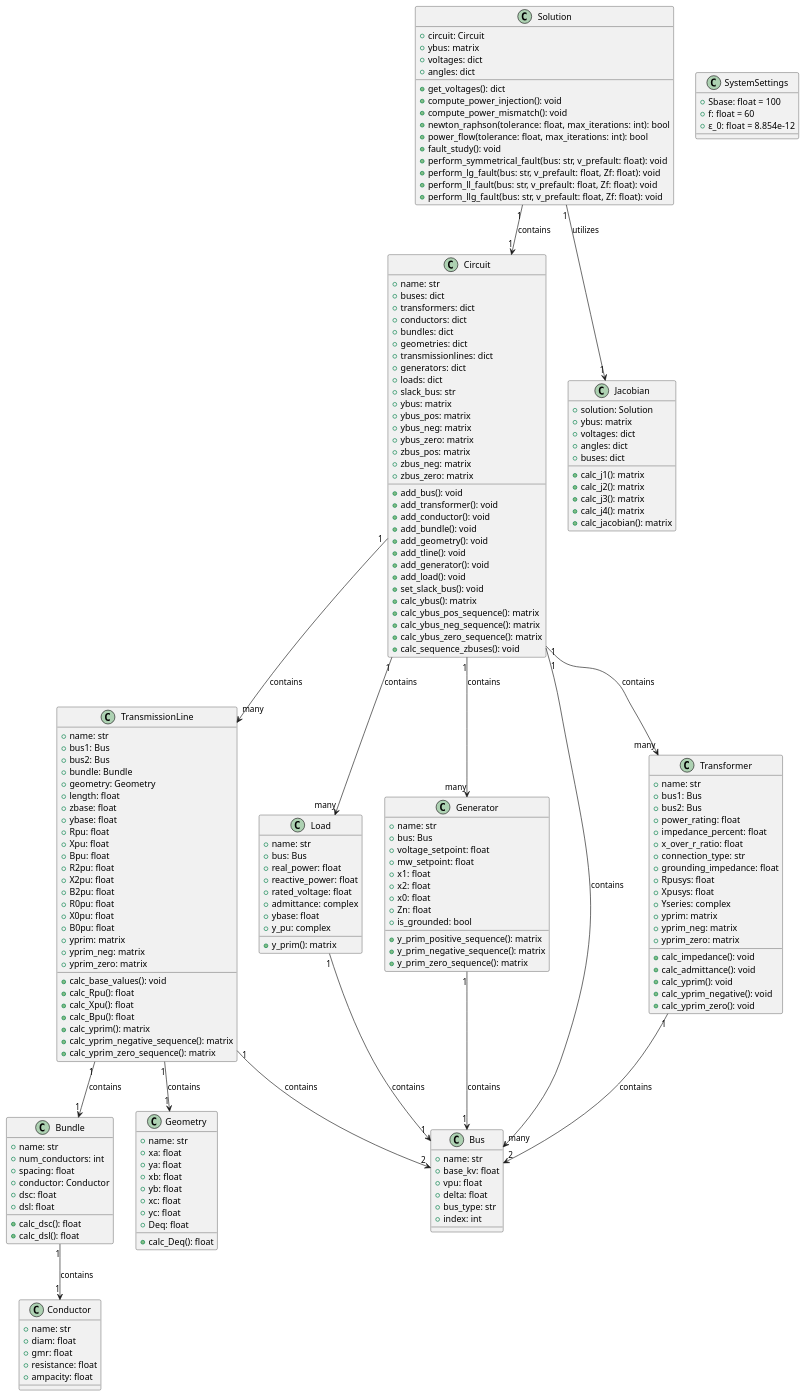
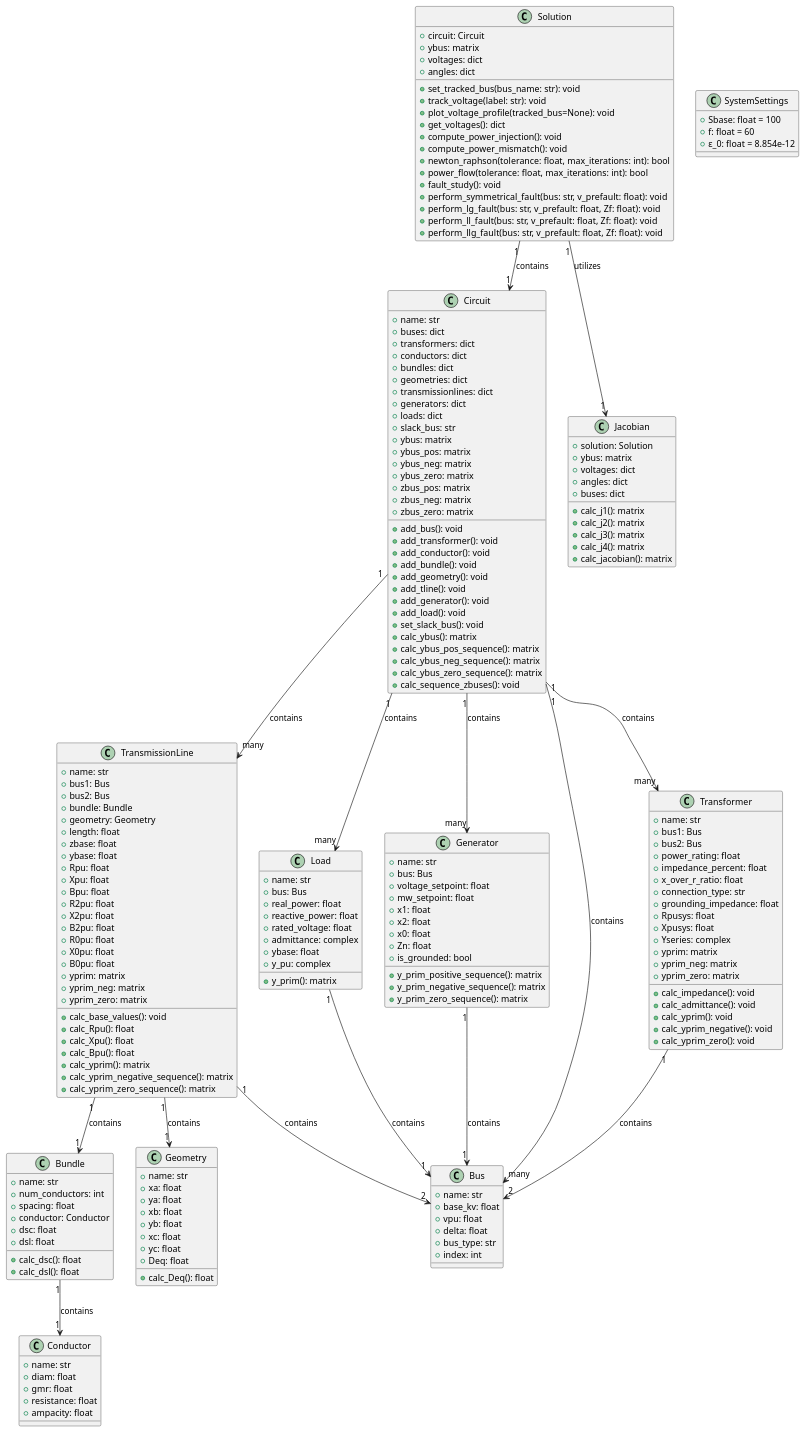
One commit to hermannml/Project-3-Enhancements- changed the diagram in Project 2.puml. Above: the diagram before and after it, drawn with PlantUML.

Commit message:
Update Project 2.puml

```diff
--- a/Project 2.puml
+++ b/Project 2.puml
@@ -158,6 +158,9 @@
     +ybus: matrix
     +voltages: dict
     +angles: dict
+    + set_tracked_bus(bus_name: str): void
+    + track_voltage(label: str): void
+    + plot_voltage_profile(tracked_bus=None): void
     + get_voltages(): dict
     + compute_power_injection(): void
     + compute_power_mismatch(): void
```
